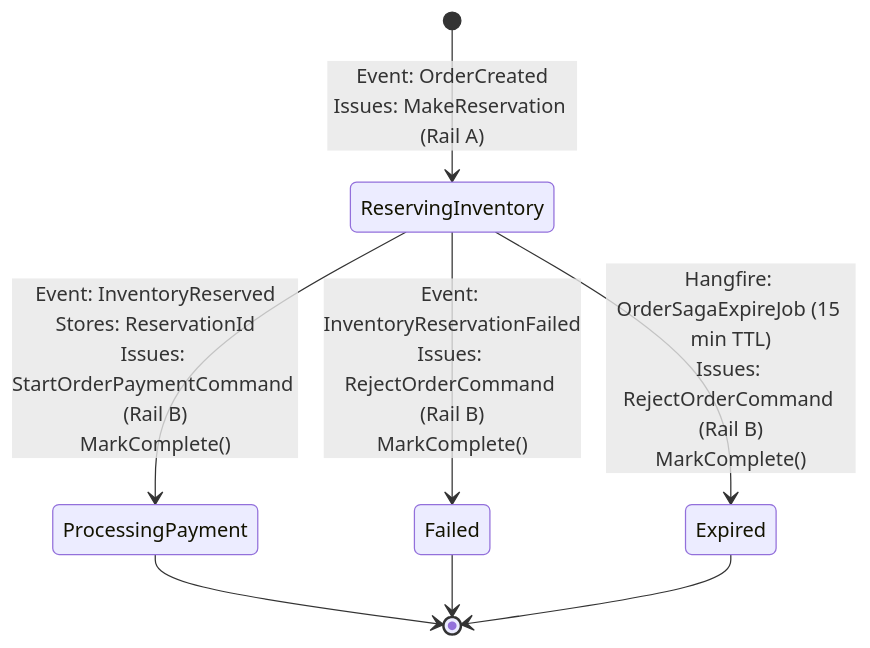
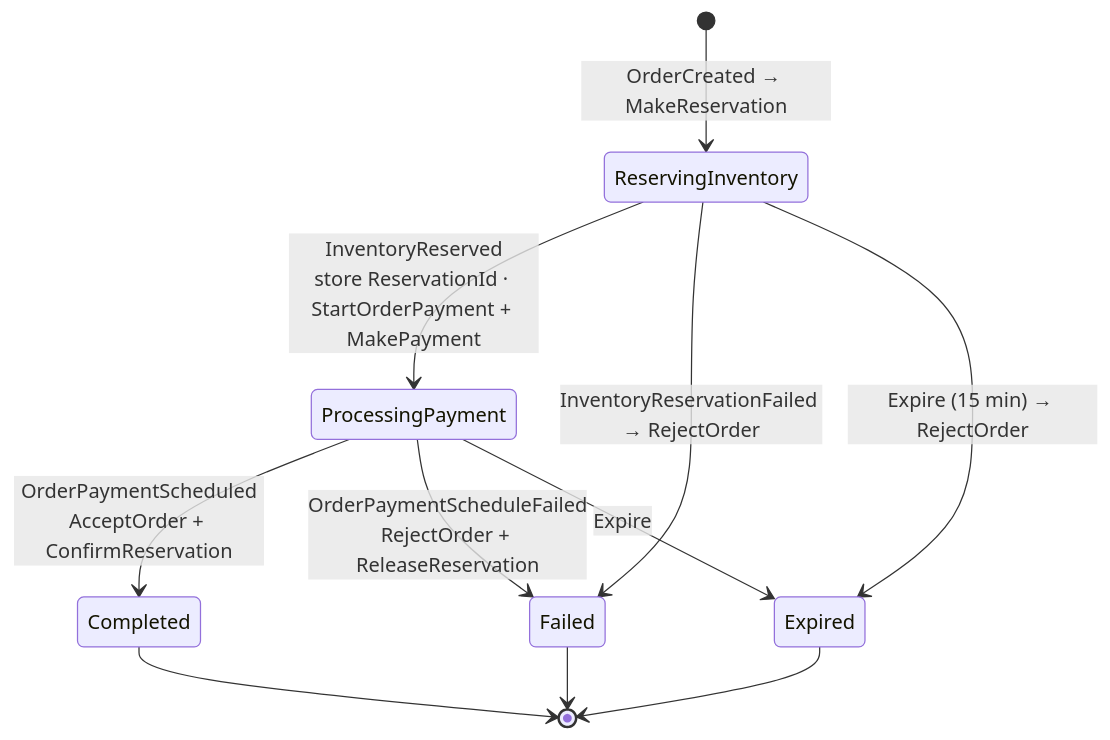
One commit to mnnam1302/EShop changed the tenth of 17 diagrams in Order/src/EShop.Order.API/README.md. Above: the diagram before and after it, drawn with Mermaid. The commit also changed other lines of this file and 105 other files, not shown here.

First line of the commit message:
[EShop-2606] Introduce Finance service + Place-Order saga payment step (#71)

````diff
--- a/Order/src/EShop.Order.API/README.md
+++ b/Order/src/EShop.Order.API/README.md
@@ -228,14 +325,16 @@
 ```mermaid
 stateDiagram-v2
-    [*] --> ReservingInventory : Event: OrderCreated<br/>Issues: MakeReservation (Rail A)
+    [*] --> ReservingInventory : OrderCreated → MakeReservation
 
-    ReservingInventory --> ProcessingPayment : Event: InventoryReserved<br/>Stores: ReservationId<br/>Issues: StartOrderPaymentCommand (Rail B)<br/>MarkComplete()
+    ReservingInventory --> ProcessingPayment : InventoryReserved<br/>store ReservationId · StartOrderPayment + MakePayment
+    ReservingInventory --> Failed            : InventoryReservationFailed → RejectOrder
+    ReservingInventory --> Expired           : Expire (15 min) → RejectOrder
 
-    ReservingInventory --> Failed : Event: InventoryReservationFailed<br/>Issues: RejectOrderCommand (Rail B)<br/>MarkComplete()
+    ProcessingPayment --> Completed : OrderPaymentScheduled<br/>AcceptOrder + ConfirmReservation
+    ProcessingPayment --> Failed    : OrderPaymentScheduleFailed<br/>RejectOrder + ReleaseReservation
+    ProcessingPayment --> Expired   : Expire
 
-    ReservingInventory --> Expired : Hangfire: OrderSagaExpireJob (15 min TTL)<br/>Issues: RejectOrderCommand (Rail B)<br/>MarkComplete()
-
-    ProcessingPayment --> [*]
-    Failed --> [*]
-    Expired --> [*]
+    Completed --> [*]
+    Failed    --> [*]
+    Expired   --> [*]
 ```
````
